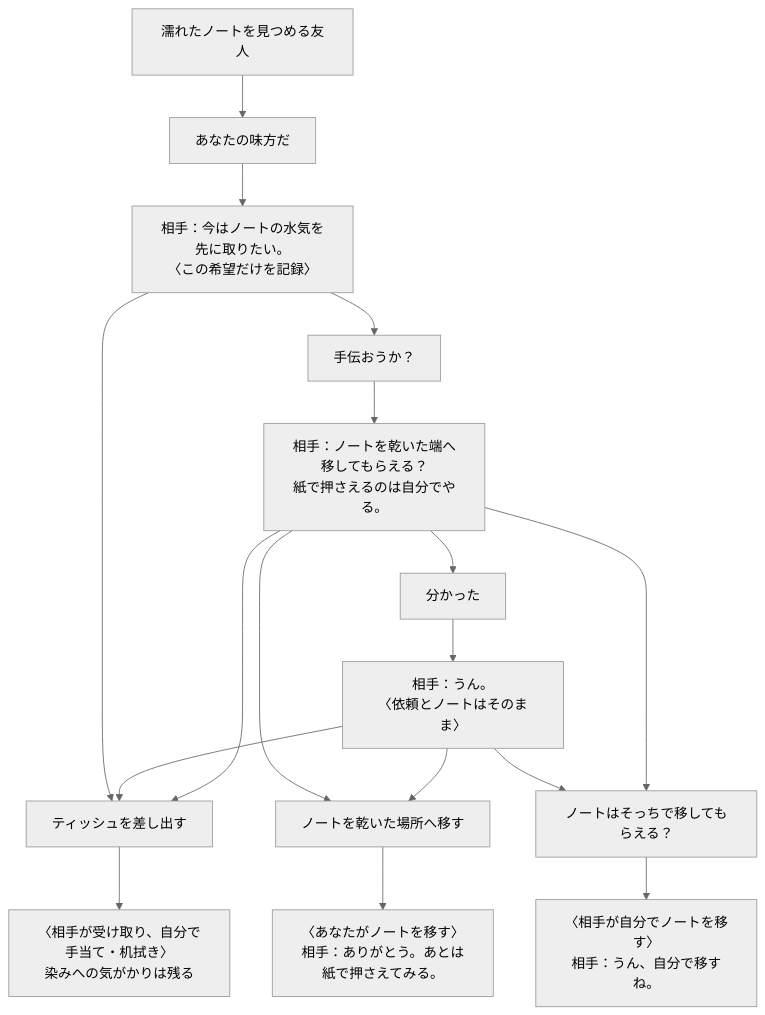
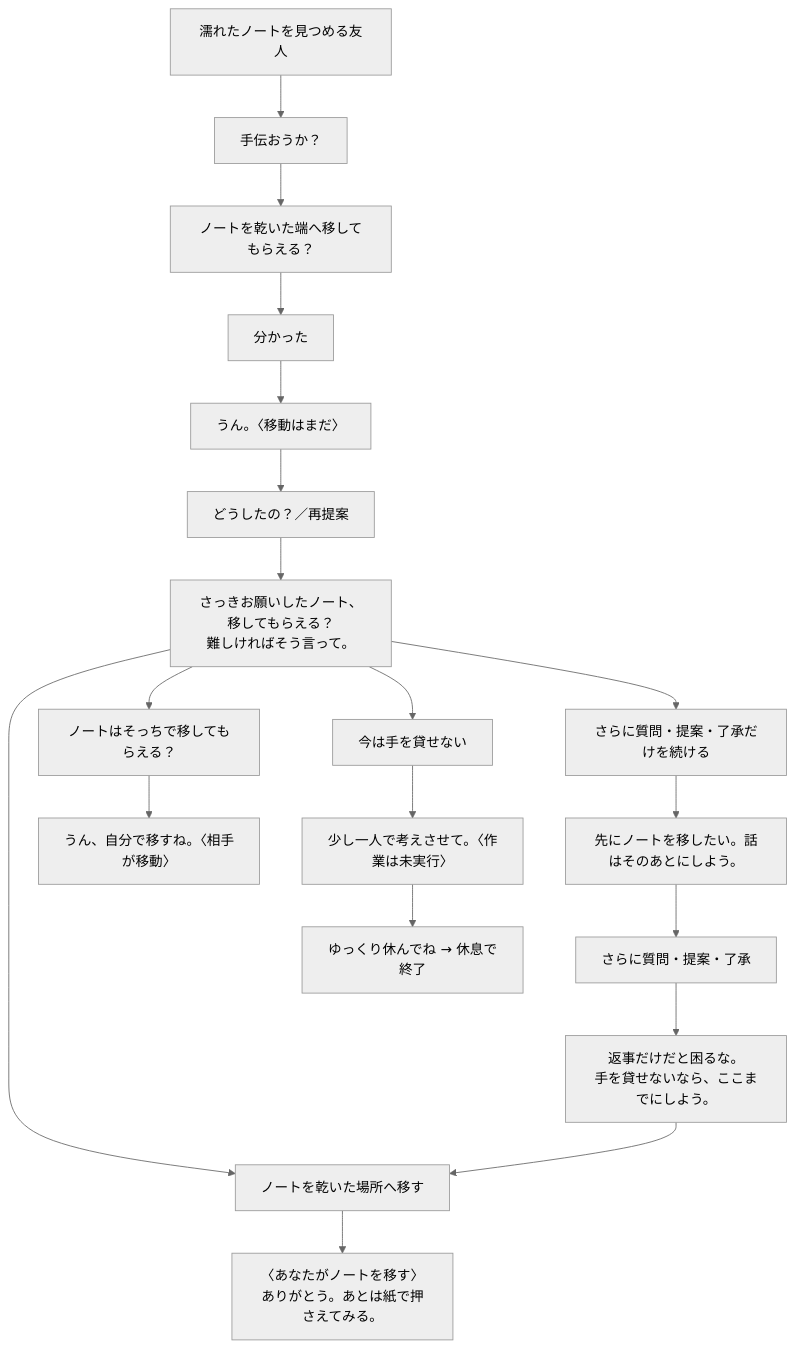
The second of 3 diagrams in docs/COFFEE_FLOW.md (shirai-masatomo/whitespace), drawn with Mermaid (neutral theme) before and after one commit. The commit also changed other lines of this file and 16 other files, not shown here.

````diff
--- a/docs/COFFEE_FLOW.md
+++ b/docs/COFFEE_FLOW.md
@@ -35,19 +39,21 @@
 ```mermaid
 flowchart TB
-  start["濡れたノートを見つめる友人"] --> support["あなたの味方だ"]
-  support --> wish["相手：今はノートの水気を先に取りたい。<br/>〈この希望だけを記録〉"]
-  wish --> paper["ティッシュを差し出す"]
-  paper --> care["〈相手が受け取り、自分で手当て・机拭き〉<br/>染みへの気がかりは残る"]
-  wish --> help["手伝おうか？"]
-  help --> request["相手：ノートを乾いた端へ移してもらえる？<br/>紙で押さえるのは自分でやる。"]
-  request --> move["ノートを乾いた場所へ移す"]
+  start["濡れたノートを見つめる友人"] --> help["手伝おうか？"]
+  help --> request["ノートを乾いた端へ移してもらえる？"]
   request --> ack["分かった"]
-  ack --> pending["相手：うん。<br/>〈依頼とノートはそのまま〉"]
-  pending --> move
-  pending --> entrust
-  pending --> paper
-  request --> entrust["ノートはそっちで移してもらえる？"]
-  request --> paper
-  move --> player["〈あなたがノートを移す〉<br/>相手：ありがとう。あとは紙で押さえてみる。"]
-  entrust --> owner["〈相手が自分でノートを移す〉<br/>相手：うん、自分で移すね。"]
+  ack --> pending["うん。〈移動はまだ〉"]
+  pending --> question["どうしたの？／再提案"]
+  question --> reminder["さっきお願いしたノート、移してもらえる？<br/>難しければそう言って。"]
+  reminder --> move["ノートを乾いた場所へ移す"]
+  reminder --> entrust["ノートはそっちで移してもらえる？"]
+  reminder --> decline["今は手を貸せない"]
+  reminder --> more["さらに質問・提案・了承だけを続ける"]
+  more --> wait["先にノートを移したい。話はそのあとにしよう。"]
+  wait --> again["さらに質問・提案・了承"]
+  again --> boundary["返事だけだと困るな。<br/>手を貸せないなら、ここまでにしよう。"]
+  boundary --> move
+  move --> player["〈あなたがノートを移す〉<br/>ありがとう。あとは紙で押さえてみる。"]
+  entrust --> owner["うん、自分で移すね。〈相手が移動〉"]
+  decline --> rest["少し一人で考えさせて。〈作業は未実行〉"]
+  rest --> bye["ゆっくり休んでね → 休息で終了"]
 ```
````
